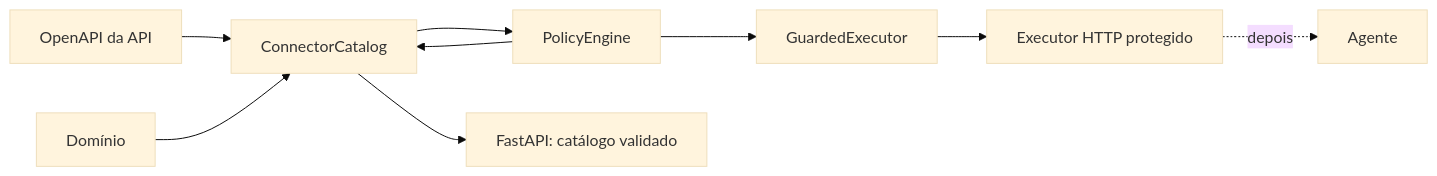
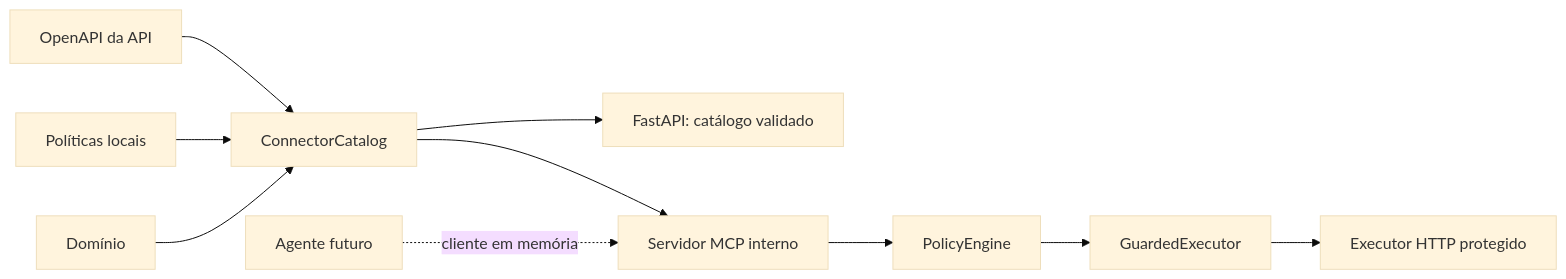
Before and after one commit to ChristianGandra21/indusguard: the diagram in README.md, drawn with Mermaid (base theme). The commit also changed other lines of this file and 7 other files, not shown here.

````diff
--- a/README.md
+++ b/README.md
@@ -48,11 +49,12 @@
 ```mermaid
 flowchart LR
-    U[OpenAPI da API] --> C[ConnectorCatalog]
-    P[Políticas locais] --> C
+    O[OpenAPI da API] --> C[ConnectorCatalog]
+    Y[Políticas locais] --> C
     D[Domínio] --> C
     C --> F[FastAPI: catálogo validado]
-    C --> P[PolicyEngine]
+    C --> M[Servidor MCP interno]
+    M --> P[PolicyEngine]
     P --> G[GuardedExecutor]
     G --> E[Executor HTTP protegido]
-    E -. depois .-> A[Agente]
+    A[Agente futuro] -. cliente em memória .-> M
 ```
````
